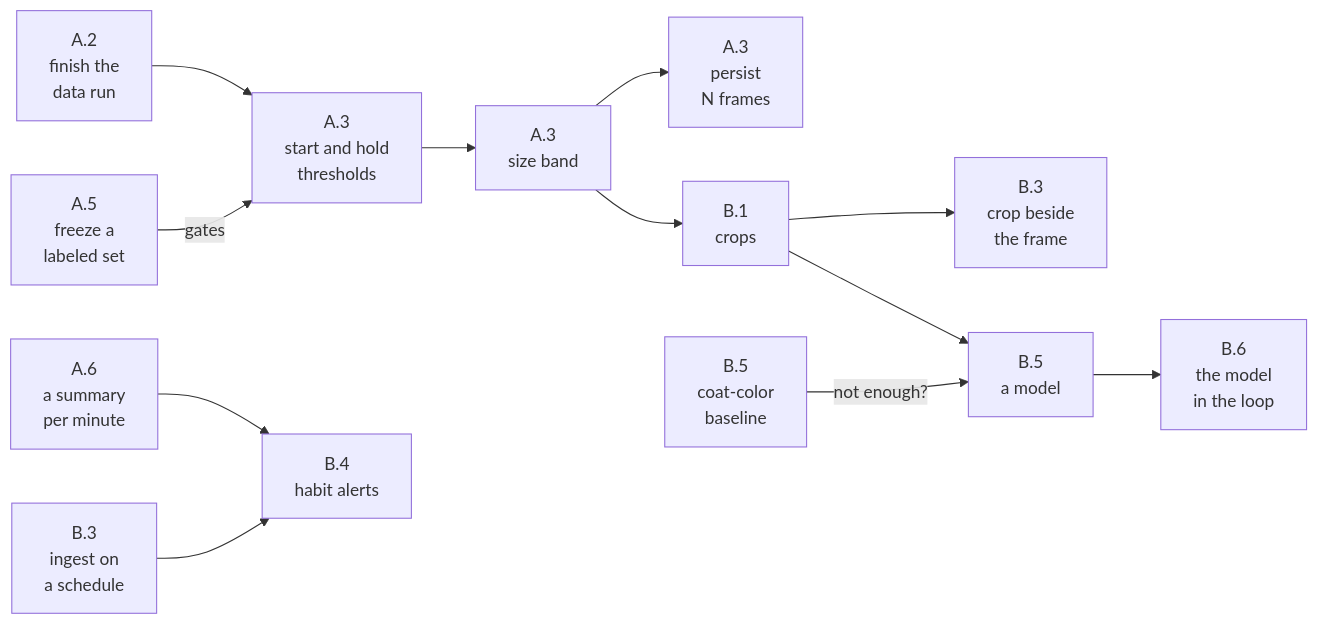
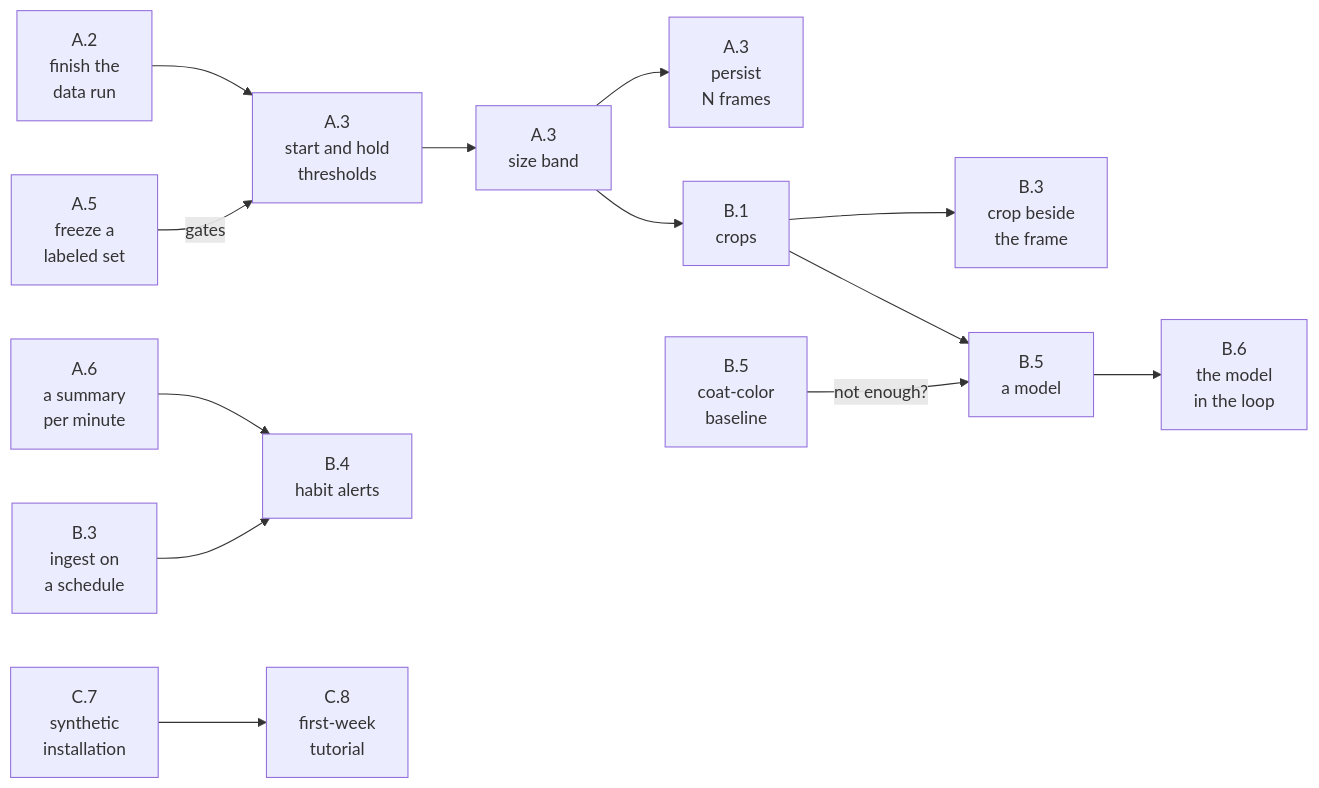
One commit to Thinmindt/CatDetector changed the diagram in docs/ROADMAP.md. Above: the diagram before and after it, drawn with Mermaid. The commit also changed other lines of this file and 2 other files, not shown here.

First line of the commit message:
Doc audit 2026-10-08: the roadmap is the plan as it stands

````diff
--- a/docs/ROADMAP.md
+++ b/docs/ROADMAP.md
@@ -36,14 +49,15 @@
 ```mermaid
 flowchart LR
   A2["A.2<br>finish the<br>data run"] --> A3h["A.3<br>start and hold<br>thresholds"]
   A5["A.5<br>freeze a<br>labeled set"] -->|gates| A3h
   A3h --> A3b["A.3<br>size band"]
   A3b --> A3p["A.3<br>persist<br>N frames"]
   A3b --> B1["B.1<br>crops"]
   B1 --> B3c["B.3<br>crop beside<br>the frame"]
   B1 --> B5m["B.5<br>a model"]
   B5a["B.5<br>coat-color<br>baseline"] -->|"not enough?"| B5m
   B5m --> B6m["B.6<br>the model<br>in the loop"]
   A6["A.6<br>a summary<br>per minute"] --> B4["B.4<br>habit alerts"]
   B3i["B.3<br>ingest on<br>a schedule"] --> B4
+  C7s["C.7<br>synthetic<br>installation"] --> C8t["C.8<br>first-week<br>tutorial"]
 ```
````
